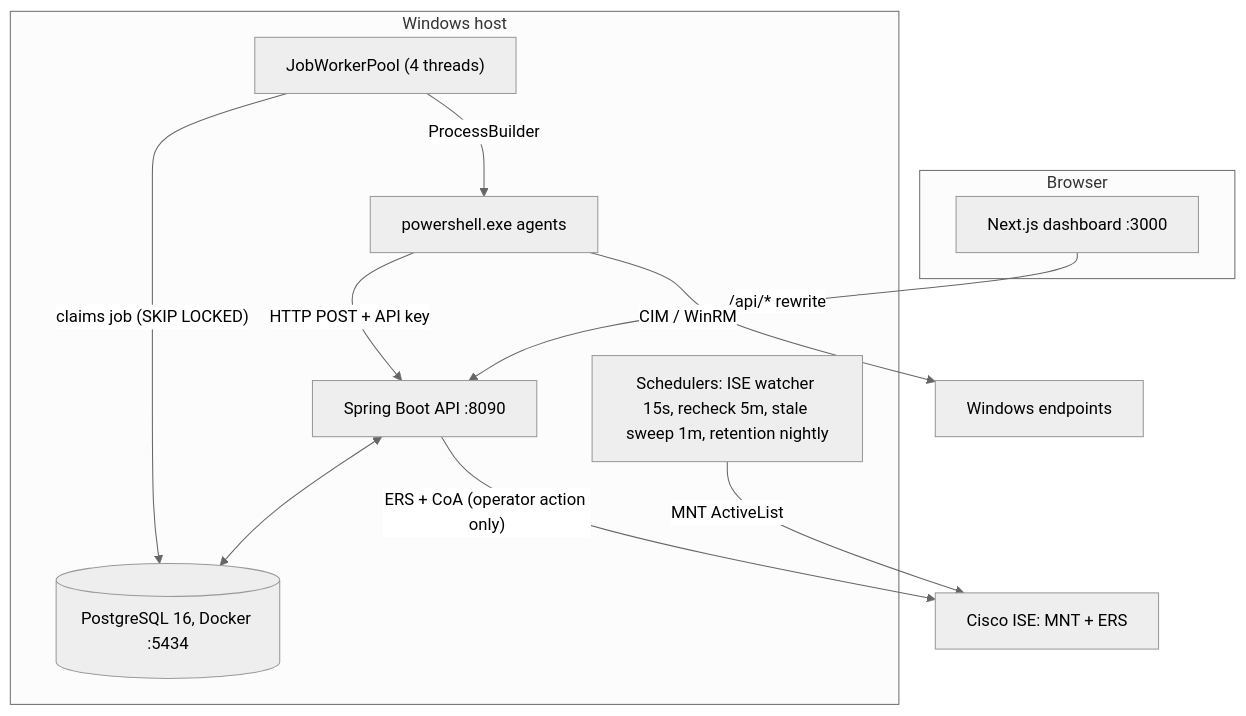
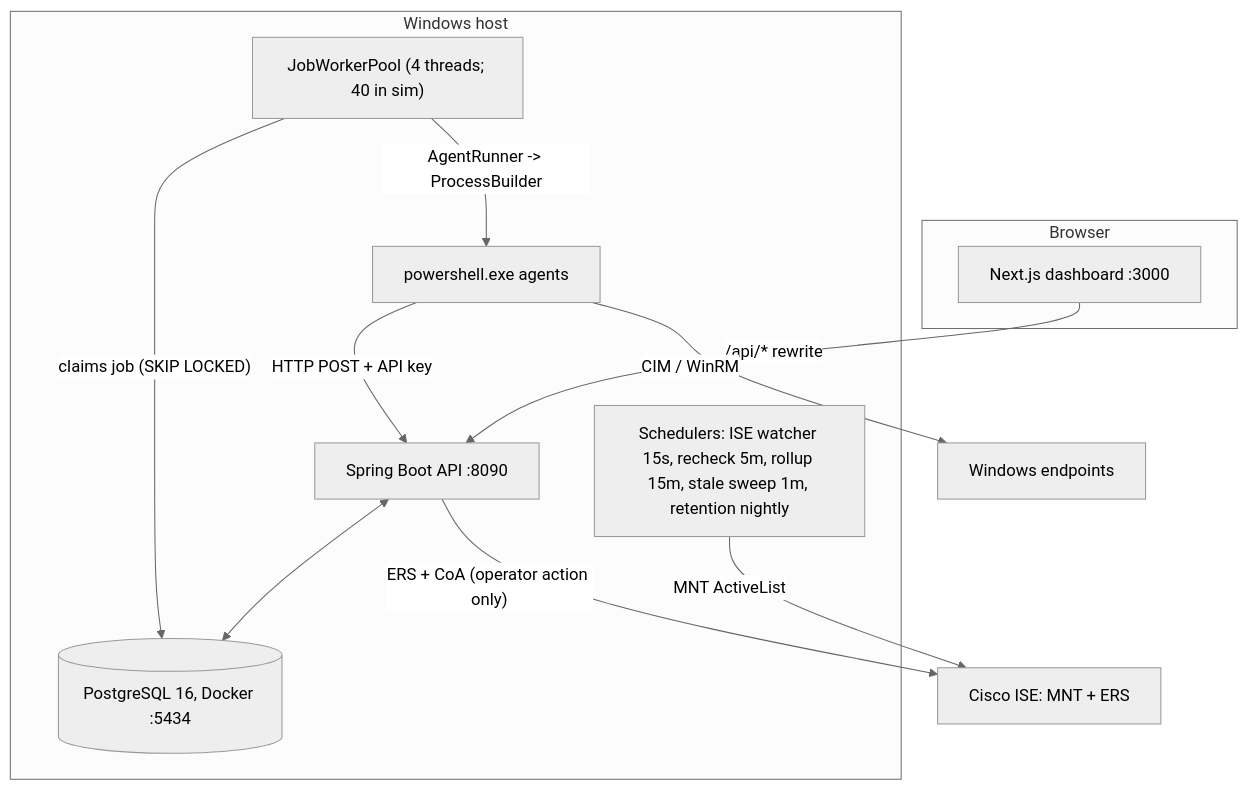
The diagram in Doc/PROJECT_COMPLETE_GUIDE.md (majordevbhargav/Endpoint-Posture-Java), drawn with Mermaid (neutral theme) before and after one commit. The commit also changed other lines of this file and 19 other files, not shown here.

````diff
--- a/Doc/PROJECT_COMPLETE_GUIDE.md
+++ b/Doc/PROJECT_COMPLETE_GUIDE.md
@@ -60,24 +60,24 @@
 ```mermaid
 flowchart TD
     subgraph Browser
         FE["Next.js dashboard :3000"]
     end
     subgraph Host["Windows host"]
         API["Spring Boot API :8090"]
-        POOL["JobWorkerPool (4 threads)"]
-        SCHED["Schedulers: ISE watcher 15s, recheck 5m, stale sweep 1m, retention nightly"]
+        POOL["JobWorkerPool (4 threads; 40 in sim)"]
+        SCHED["Schedulers: ISE watcher 15s, recheck 5m, rollup 15m, stale sweep 1m, retention nightly"]
         PS["powershell.exe agents"]
         DB[("PostgreSQL 16, Docker :5434")]
     end
     ISE["Cisco ISE: MNT + ERS"]
     EP["Windows endpoints"]
 
     FE -- "/api/* rewrite" --> API
     API <--> DB
     SCHED -- "MNT ActiveList" --> ISE
     POOL -- "claims job (SKIP LOCKED)" --> DB
-    POOL -- "ProcessBuilder" --> PS
+    POOL -- "AgentRunner -> ProcessBuilder" --> PS
     PS -- "CIM / WinRM" --> EP
     PS -- "HTTP POST + API key" --> API
     API -- "ERS + CoA (operator action only)" --> ISE
 ```
````
